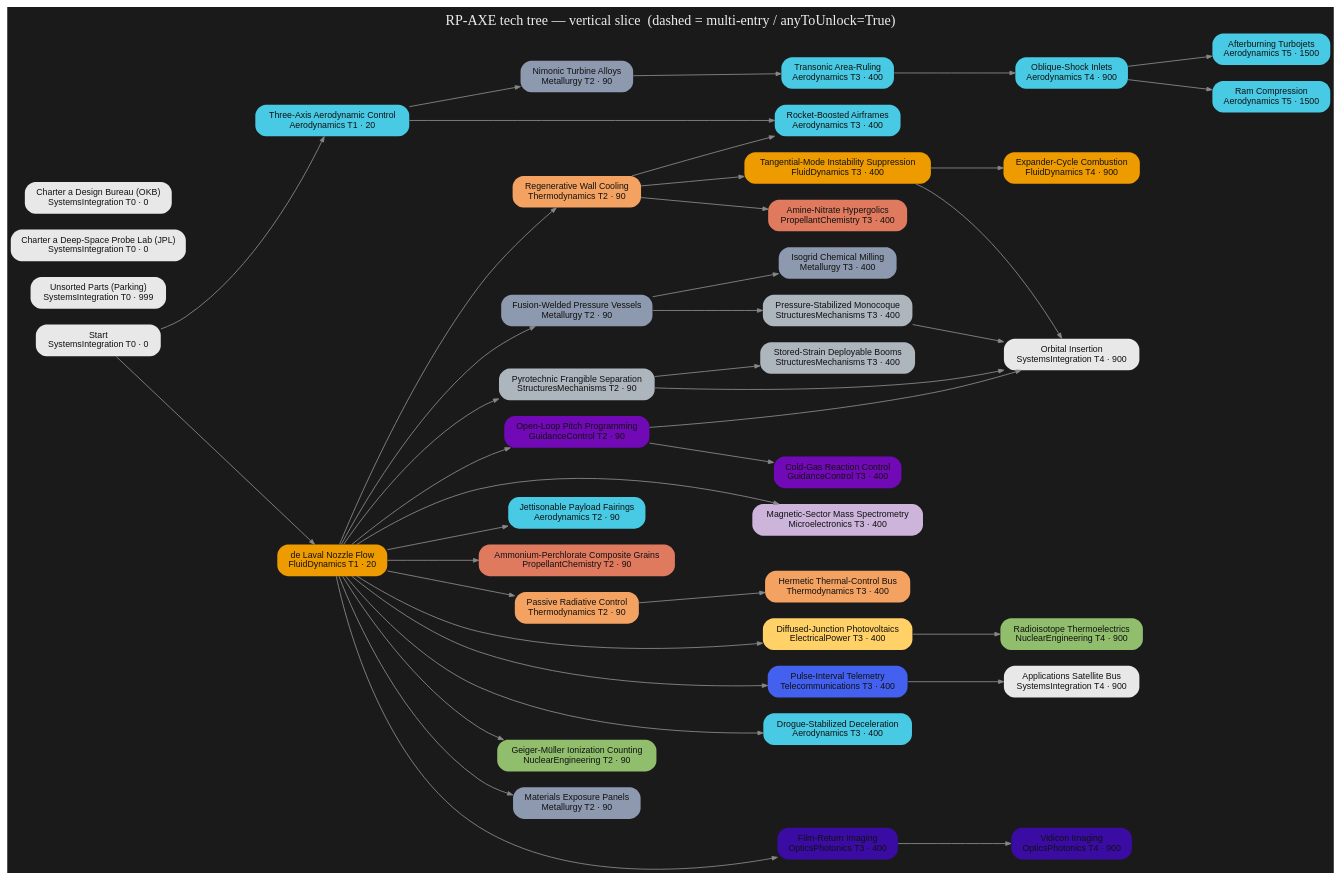
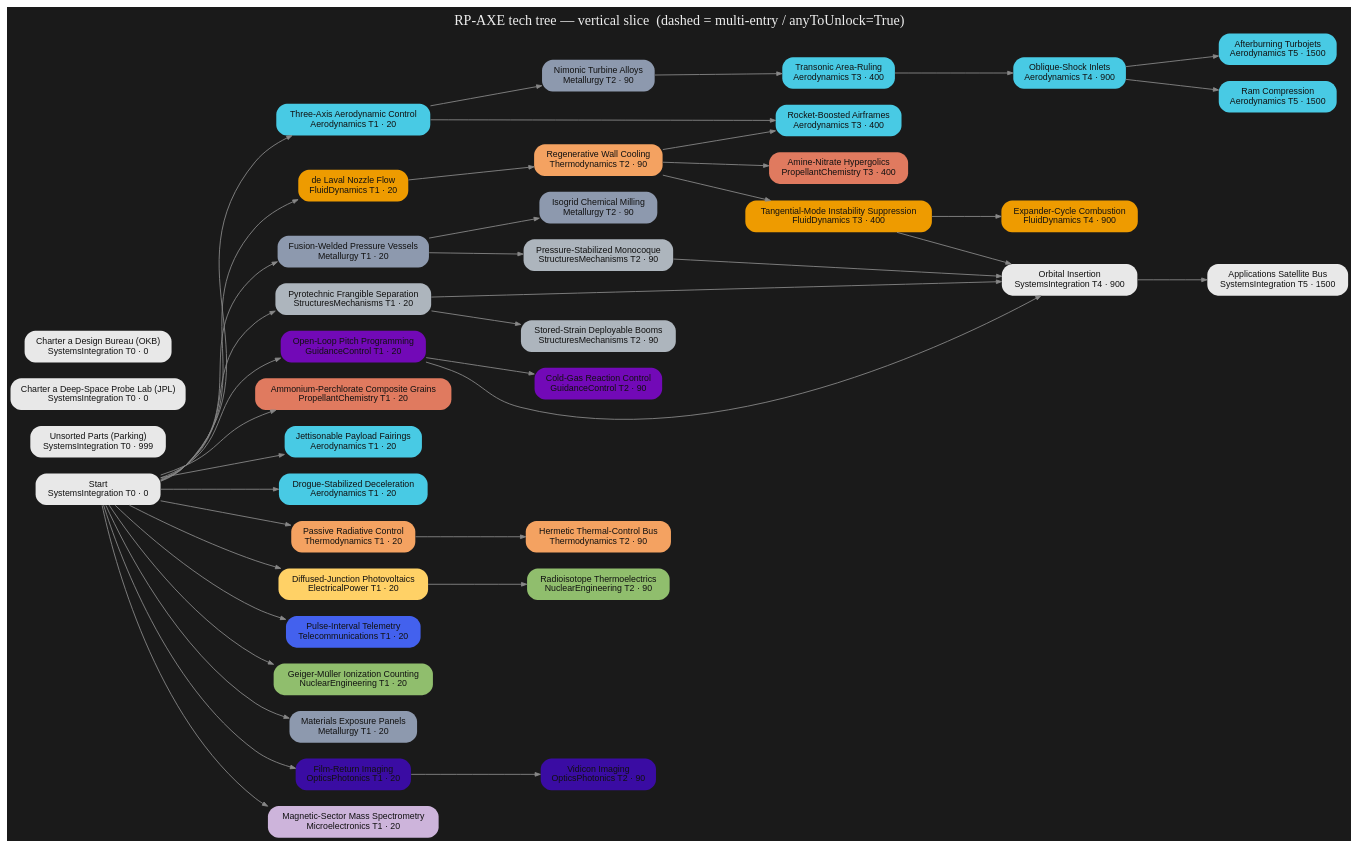
The diagram in tree/render/axe-tree.dot (miskoltrans/RP-AXE), drawn with Graphviz before and after one commit. The commit also changed 4 other files, not shown here.

```diff
--- a/tree/render/axe-tree.dot
+++ b/tree/render/axe-tree.dot
@@ -1,89 +1,89 @@
 digraph AXE {
   rankdir=LR; bgcolor="#1a1a1a"; nodesep=0.25; ranksep=1.1;
   node[shape=box,style="filled,rounded",fontname="Helvetica",fontsize=10,color="#00000000"];
   edge[color="#888888",arrowsize=0.6];
   "start" [label="Start\nSystemsIntegration T0 · 0",fillcolor="#e8e8e8",fontcolor="#111111"];
   "parking" [label="Unsorted Parts (Parking)\nSystemsIntegration T0 · 999",fillcolor="#e8e8e8",fontcolor="#111111"];
   "hire_JPL" [label="Charter a Deep-Space Probe Lab (JPL)\nSystemsIntegration T0 · 0",fillcolor="#e8e8e8",fontcolor="#111111"];
   "hire_OKB" [label="Charter a Design Bureau (OKB)\nSystemsIntegration T0 · 0",fillcolor="#e8e8e8",fontcolor="#111111"];
   "rocketryStart" [label="de Laval Nozzle Flow\nFluidDynamics T1 · 20",fillcolor="#ee9b00",fontcolor="#111111"];
   "th_regenCooling" [label="Regenerative Wall Cooling\nThermodynamics T2 · 90",fillcolor="#f4a261",fontcolor="#111111"];
   "fd_combustionStability" [label="Tangential-Mode Instability Suppression\nFluidDynamics T3 · 400",fillcolor="#ee9b00",fontcolor="#111111"];
   "pc_hypergolics" [label="Amine-Nitrate Hypergolics\nPropellantChemistry T3 · 400",fillcolor="#e07a5f",fontcolor="#111111"];
   "fd_expanderCycle" [label="Expander-Cycle Combustion\nFluidDynamics T4 · 900",fillcolor="#ee9b00",fontcolor="#111111"];
-  "pc_solidGrains" [label="Ammonium-Perchlorate Composite Grains\nPropellantChemistry T2 · 90",fillcolor="#e07a5f",fontcolor="#111111"];
-  "met_weldedTank" [label="Fusion-Welded Pressure Vessels\nMetallurgy T2 · 90",fillcolor="#8d99ae",fontcolor="#111111"];
-  "met_isogrid" [label="Isogrid Chemical Milling\nMetallurgy T3 · 400",fillcolor="#8d99ae",fontcolor="#111111"];
-  "str_balloonTank" [label="Pressure-Stabilized Monocoque\nStructuresMechanisms T3 · 400",fillcolor="#adb5bd",fontcolor="#111111"];
-  "str_staging" [label="Pyrotechnic Frangible Separation\nStructuresMechanisms T2 · 90",fillcolor="#adb5bd",fontcolor="#111111"];
-  "gnc_pitchProgram" [label="Open-Loop Pitch Programming\nGuidanceControl T2 · 90",fillcolor="#7209b7",fontcolor="#111111"];
-  "int_orbitalInsertion" [label="Orbital Insertion\nSystemsIntegration T4 · 900",fillcolor="#e8e8e8",fontcolor="#111111"];
-  "th_radiativeControl" [label="Passive Radiative Control\nThermodynamics T2 · 90",fillcolor="#f4a261",fontcolor="#111111"];
-  "th_hermeticBus" [label="Hermetic Thermal-Control Bus\nThermodynamics T3 · 400",fillcolor="#f4a261",fontcolor="#111111"];
-  "elec_siliconPV" [label="Diffused-Junction Photovoltaics\nElectricalPower T3 · 400",fillcolor="#ffd166",fontcolor="#111111"];
-  "nuc_rtg" [label="Radioisotope Thermoelectrics\nNuclearEngineering T4 · 900",fillcolor="#90be6d",fontcolor="#111111"];
-  "tel_telemetry" [label="Pulse-Interval Telemetry\nTelecommunications T3 · 400",fillcolor="#4361ee",fontcolor="#111111"];
-  "gnc_rcs" [label="Cold-Gas Reaction Control\nGuidanceControl T3 · 400",fillcolor="#7209b7",fontcolor="#111111"];
-  "aero_recovery" [label="Drogue-Stabilized Deceleration\nAerodynamics T3 · 400",fillcolor="#48cae4",fontcolor="#111111"];
-  "nuc_geiger" [label="Geiger-Müller Ionization Counting\nNuclearEngineering T2 · 90",fillcolor="#90be6d",fontcolor="#111111"];
-  "met_exposurePanels" [label="Materials Exposure Panels\nMetallurgy T2 · 90",fillcolor="#8d99ae",fontcolor="#111111"];
-  "opt_filmReturn" [label="Film-Return Imaging\nOpticsPhotonics T3 · 400",fillcolor="#3a0ca3",fontcolor="#111111"];
-  "opt_vidicon" [label="Vidicon Imaging\nOpticsPhotonics T4 · 900",fillcolor="#3a0ca3",fontcolor="#111111"];
-  "mic_massSpec" [label="Magnetic-Sector Mass Spectrometry\nMicroelectronics T3 · 400",fillcolor="#cdb4db",fontcolor="#111111"];
-  "str_booms" [label="Stored-Strain Deployable Booms\nStructuresMechanisms T3 · 400",fillcolor="#adb5bd",fontcolor="#111111"];
-  "int_applicationsSat" [label="Applications Satellite Bus\nSystemsIntegration T4 · 900",fillcolor="#e8e8e8",fontcolor="#111111"];
+  "pc_solidGrains" [label="Ammonium-Perchlorate Composite Grains\nPropellantChemistry T1 · 20",fillcolor="#e07a5f",fontcolor="#111111"];
+  "met_weldedTank" [label="Fusion-Welded Pressure Vessels\nMetallurgy T1 · 20",fillcolor="#8d99ae",fontcolor="#111111"];
+  "met_isogrid" [label="Isogrid Chemical Milling\nMetallurgy T2 · 90",fillcolor="#8d99ae",fontcolor="#111111"];
+  "str_balloonTank" [label="Pressure-Stabilized Monocoque\nStructuresMechanisms T2 · 90",fillcolor="#adb5bd",fontcolor="#111111"];
+  "str_staging" [label="Pyrotechnic Frangible Separation\nStructuresMechanisms T1 · 20",fillcolor="#adb5bd",fontcolor="#111111"];
+  "gnc_pitchProgram" [label="Open-Loop Pitch Programming\nGuidanceControl T1 · 20",fillcolor="#7209b7",fontcolor="#111111"];
+  "gnc_rcs" [label="Cold-Gas Reaction Control\nGuidanceControl T2 · 90",fillcolor="#7209b7",fontcolor="#111111"];
+  "str_booms" [label="Stored-Strain Deployable Booms\nStructuresMechanisms T2 · 90",fillcolor="#adb5bd",fontcolor="#111111"];
+  "aero_fairings" [label="Jettisonable Payload Fairings\nAerodynamics T1 · 20",fillcolor="#48cae4",fontcolor="#111111"];
+  "aero_recovery" [label="Drogue-Stabilized Deceleration\nAerodynamics T1 · 20",fillcolor="#48cae4",fontcolor="#111111"];
+  "th_radiativeControl" [label="Passive Radiative Control\nThermodynamics T1 · 20",fillcolor="#f4a261",fontcolor="#111111"];
+  "th_hermeticBus" [label="Hermetic Thermal-Control Bus\nThermodynamics T2 · 90",fillcolor="#f4a261",fontcolor="#111111"];
+  "elec_siliconPV" [label="Diffused-Junction Photovoltaics\nElectricalPower T1 · 20",fillcolor="#ffd166",fontcolor="#111111"];
+  "nuc_rtg" [label="Radioisotope Thermoelectrics\nNuclearEngineering T2 · 90",fillcolor="#90be6d",fontcolor="#111111"];
+  "tel_telemetry" [label="Pulse-Interval Telemetry\nTelecommunications T1 · 20",fillcolor="#4361ee",fontcolor="#111111"];
+  "nuc_geiger" [label="Geiger-Müller Ionization Counting\nNuclearEngineering T1 · 20",fillcolor="#90be6d",fontcolor="#111111"];
+  "met_exposurePanels" [label="Materials Exposure Panels\nMetallurgy T1 · 20",fillcolor="#8d99ae",fontcolor="#111111"];
+  "opt_filmReturn" [label="Film-Return Imaging\nOpticsPhotonics T1 · 20",fillcolor="#3a0ca3",fontcolor="#111111"];
+  "opt_vidicon" [label="Vidicon Imaging\nOpticsPhotonics T2 · 90",fillcolor="#3a0ca3",fontcolor="#111111"];
+  "mic_massSpec" [label="Magnetic-Sector Mass Spectrometry\nMicroelectronics T1 · 20",fillcolor="#cdb4db",fontcolor="#111111"];
   "xplaneStart" [label="Three-Axis Aerodynamic Control\nAerodynamics T1 · 20",fillcolor="#48cae4",fontcolor="#111111"];
   "met_turbineAlloys" [label="Nimonic Turbine Alloys\nMetallurgy T2 · 90",fillcolor="#8d99ae",fontcolor="#111111"];
   "aero_areaRule" [label="Transonic Area-Ruling\nAerodynamics T3 · 400",fillcolor="#48cae4",fontcolor="#111111"];
   "aero_shockInlets" [label="Oblique-Shock Inlets\nAerodynamics T4 · 900",fillcolor="#48cae4",fontcolor="#111111"];
   "aero_afterburner" [label="Afterburning Turbojets\nAerodynamics T5 · 1500",fillcolor="#48cae4",fontcolor="#111111"];
   "aero_ramjet" [label="Ram Compression\nAerodynamics T5 · 1500",fillcolor="#48cae4",fontcolor="#111111"];
   "aero_rocketplane" [label="Rocket-Boosted Airframes\nAerodynamics T3 · 400",fillcolor="#48cae4",fontcolor="#111111"];
-  "aero_fairings" [label="Jettisonable Payload Fairings\nAerodynamics T2 · 90",fillcolor="#48cae4",fontcolor="#111111"];
+  "int_orbitalInsertion" [label="Orbital Insertion\nSystemsIntegration T4 · 900",fillcolor="#e8e8e8",fontcolor="#111111"];
+  "int_applicationsSat" [label="Applications Satellite Bus\nSystemsIntegration T5 · 1500",fillcolor="#e8e8e8",fontcolor="#111111"];
   { rank=same; "start" "parking" "hire_JPL" "hire_OKB" }
-  { rank=same; "rocketryStart" "xplaneStart" }
-  { rank=same; "th_regenCooling" "pc_solidGrains" "met_weldedTank" "str_staging" "gnc_pitchProgram" "th_radiativeControl" "nuc_geiger" "met_exposurePanels" "met_turbineAlloys" "aero_fairings" }
-  { rank=same; "fd_combustionStability" "pc_hypergolics" "met_isogrid" "str_balloonTank" "th_hermeticBus" "elec_siliconPV" "tel_telemetry" "gnc_rcs" "aero_recovery" "opt_filmReturn" "mic_massSpec" "str_booms" "aero_areaRule" "aero_rocketplane" }
-  { rank=same; "fd_expanderCycle" "int_orbitalInsertion" "nuc_rtg" "opt_vidicon" "int_applicationsSat" "aero_shockInlets" }
-  { rank=same; "aero_afterburner" "aero_ramjet" }
+  { rank=same; "rocketryStart" "pc_solidGrains" "met_weldedTank" "str_staging" "gnc_pitchProgram" "aero_fairings" "aero_recovery" "th_radiativeControl" "elec_siliconPV" "tel_telemetry" "nuc_geiger" "met_exposurePanels" "opt_filmReturn" "mic_massSpec" "xplaneStart" }
+  { rank=same; "th_regenCooling" "met_isogrid" "str_balloonTank" "gnc_rcs" "str_booms" "th_hermeticBus" "nuc_rtg" "opt_vidicon" "met_turbineAlloys" }
+  { rank=same; "fd_combustionStability" "pc_hypergolics" "aero_areaRule" "aero_rocketplane" }
+  { rank=same; "fd_expanderCycle" "aero_shockInlets" "int_orbitalInsertion" }
+  { rank=same; "aero_afterburner" "aero_ramjet" "int_applicationsSat" }
   "start" -> "rocketryStart" [style=solid];
   "rocketryStart" -> "th_regenCooling" [style=solid];
   "th_regenCooling" -> "fd_combustionStability" [style=solid];
   "th_regenCooling" -> "pc_hypergolics" [style=solid];
   "fd_combustionStability" -> "fd_expanderCycle" [style=solid];
-  "rocketryStart" -> "pc_solidGrains" [style=solid];
-  "rocketryStart" -> "met_weldedTank" [style=solid];
+  "start" -> "pc_solidGrains" [style=solid];
+  "start" -> "met_weldedTank" [style=solid];
   "met_weldedTank" -> "met_isogrid" [style=solid];
   "met_weldedTank" -> "str_balloonTank" [style=solid];
-  "rocketryStart" -> "str_staging" [style=solid];
-  "rocketryStart" -> "gnc_pitchProgram" [style=solid];
-  "fd_combustionStability" -> "int_orbitalInsertion" [style=solid];
-  "str_balloonTank" -> "int_orbitalInsertion" [style=solid];
-  "str_staging" -> "int_orbitalInsertion" [style=solid];
-  "gnc_pitchProgram" -> "int_orbitalInsertion" [style=solid];
-  "rocketryStart" -> "th_radiativeControl" [style=solid];
+  "start" -> "str_staging" [style=solid];
+  "start" -> "gnc_pitchProgram" [style=solid];
+  "gnc_pitchProgram" -> "gnc_rcs" [style=solid];
+  "str_staging" -> "str_booms" [style=solid];
+  "start" -> "aero_fairings" [style=solid];
+  "start" -> "aero_recovery" [style=solid];
+  "start" -> "th_radiativeControl" [style=solid];
   "th_radiativeControl" -> "th_hermeticBus" [style=solid];
-  "rocketryStart" -> "elec_siliconPV" [style=solid];
+  "start" -> "elec_siliconPV" [style=solid];
   "elec_siliconPV" -> "nuc_rtg" [style=solid];
-  "rocketryStart" -> "tel_telemetry" [style=solid];
-  "gnc_pitchProgram" -> "gnc_rcs" [style=solid];
-  "rocketryStart" -> "aero_recovery" [style=solid];
-  "rocketryStart" -> "nuc_geiger" [style=solid];
-  "rocketryStart" -> "met_exposurePanels" [style=solid];
-  "rocketryStart" -> "opt_filmReturn" [style=solid];
+  "start" -> "tel_telemetry" [style=solid];
+  "start" -> "nuc_geiger" [style=solid];
+  "start" -> "met_exposurePanels" [style=solid];
+  "start" -> "opt_filmReturn" [style=solid];
   "opt_filmReturn" -> "opt_vidicon" [style=solid];
-  "rocketryStart" -> "mic_massSpec" [style=solid];
-  "str_staging" -> "str_booms" [style=solid];
-  "tel_telemetry" -> "int_applicationsSat" [style=solid];
+  "start" -> "mic_massSpec" [style=solid];
   "start" -> "xplaneStart" [style=solid];
   "xplaneStart" -> "met_turbineAlloys" [style=solid];
   "met_turbineAlloys" -> "aero_areaRule" [style=solid];
   "aero_areaRule" -> "aero_shockInlets" [style=solid];
   "aero_shockInlets" -> "aero_afterburner" [style=solid];
   "aero_shockInlets" -> "aero_ramjet" [style=solid];
   "xplaneStart" -> "aero_rocketplane" [style=solid];
   "th_regenCooling" -> "aero_rocketplane" [style=solid];
-  "rocketryStart" -> "aero_fairings" [style=solid];
+  "fd_combustionStability" -> "int_orbitalInsertion" [style=solid];
+  "str_balloonTank" -> "int_orbitalInsertion" [style=solid];
+  "str_staging" -> "int_orbitalInsertion" [style=solid];
+  "gnc_pitchProgram" -> "int_orbitalInsertion" [style=solid];
+  "int_orbitalInsertion" -> "int_applicationsSat" [style=solid];
   labelloc="t"; fontcolor="#eeeeee"; fontsize=16;
   label="RP-AXE tech tree — vertical slice  (dashed = multi-entry / anyToUnlock=True)";
 }
```
